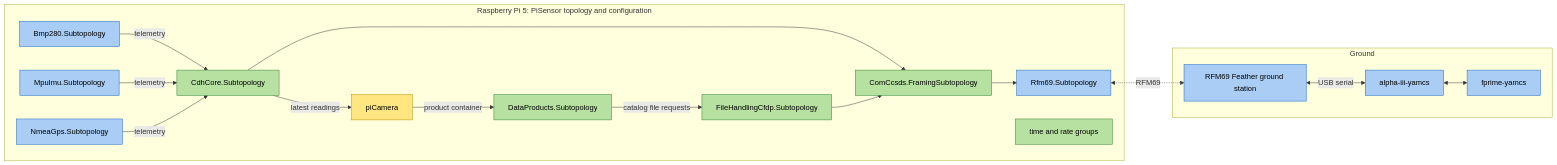
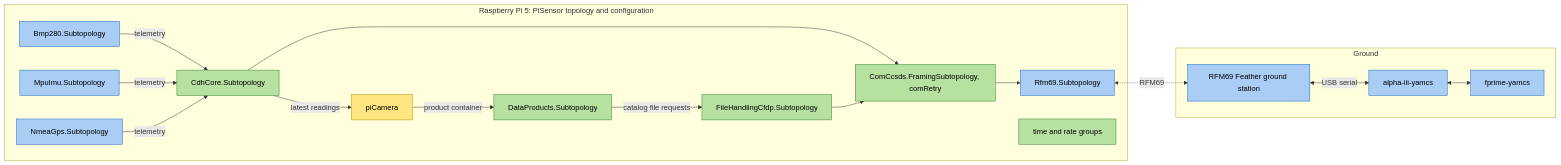
Before and after one commit to lestarch-autobot/fprime-pi-sensor-reference: the diagram in docs/ssdd.md, drawn with Mermaid. The commit also changed other lines of this file and 9 other files, not shown here.

````diff
--- a/docs/ssdd.md
+++ b/docs/ssdd.md
@@ -38,30 +38,30 @@
 ```mermaid
 flowchart LR
   classDef fprime fill:#b7e1a1,stroke:#2e7d32,color:#000
   classDef library fill:#a9cdf5,stroke:#1565c0,color:#000
   classDef bespoke fill:#ffe680,stroke:#b58900,color:#000
   subgraph Pi5[Raspberry Pi 5: PiSensor topology and configuration]
     bmp[Bmp280.Subtopology]:::library
     imu[MpuImu.Subtopology]:::library
     gps[NmeaGps.Subtopology]:::library
     cdh[CdhCore.Subtopology]:::fprime
     cam[piCamera]:::bespoke
     dp[DataProducts.Subtopology]:::fprime
     fh[FileHandlingCfdp.Subtopology]:::fprime
-    com[ComCcsds.FramingSubtopology]:::fprime
+    com[ComCcsds.FramingSubtopology, comRetry]:::fprime
     radio[Rfm69.Subtopology]:::library
     sched[time and rate groups]:::fprime
   end
   subgraph Ground
     gs[RFM69 Feather ground station]:::library
     bridge[alpha-iii-yamcs]:::library
     yamcs[fprime-yamcs]:::library
   end
   bmp & imu & gps -- telemetry --> cdh
   cdh -- latest readings --> cam
   cam -- product container --> dp
   dp -- catalog file requests --> fh
   cdh & fh --> com --> radio
   radio <-. RFM69 .-> gs
   gs <-- USB serial --> bridge <--> yamcs
 ```
````
